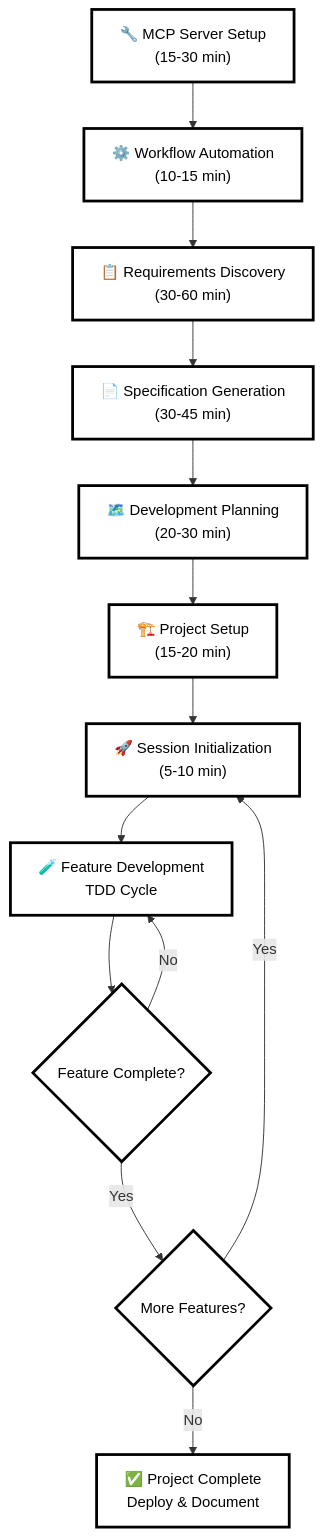
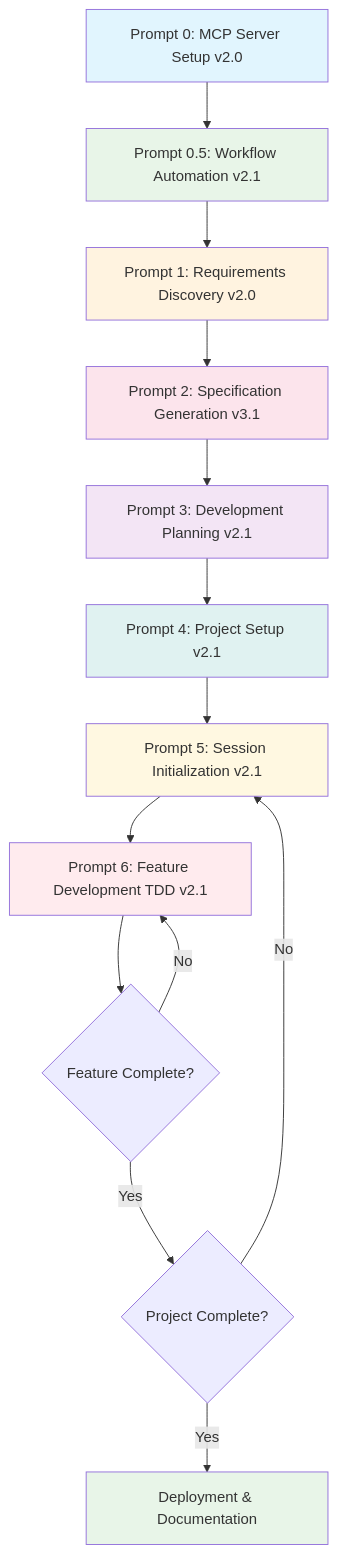
One commit to Mlitz/Claude-Code-Catalyst changed the diagram in README.md. Above: the diagram before and after it, drawn with Mermaid. The commit also changed other lines of this file and 13 other files, not shown here.

````diff
--- a/README.md
+++ b/README.md
@@ -78,27 +78,25 @@
 ```mermaid
 graph TD
-    A["🔧 MCP Server Setup<br/>(15-30 min)"] --> B["⚙️ Workflow Automation<br/>(10-15 min)"]
-    B --> C["📋 Requirements Discovery<br/>(30-60 min)"]
-    C --> D["📄 Specification Generation<br/>(30-45 min)"]
-    D --> E["🗺️ Development Planning<br/>(20-30 min)"]
-    E --> F["🏗️ Project Setup<br/>(15-20 min)"]
-    F --> G["🚀 Session Initialization<br/>(5-10 min)"]
-    G --> H["🧪 Feature Development<br/>TDD Cycle"]
+    A[Prompt 0: MCP Server Setup v2.0] --> B[Prompt 0.5: Workflow Automation v2.1]
+    B --> C[Prompt 1: Requirements Discovery v2.0]
+    C --> D[Prompt 2: Specification Generation v3.1]
+    D --> E[Prompt 3: Development Planning v2.1]
+    E --> F[Prompt 4: Project Setup v2.1]
+    F --> G[Prompt 5: Session Initialization v2.1]
+    G --> H[Prompt 6: Feature Development TDD v2.1]
     H --> I{Feature Complete?}
     I -->|No| H
-    I -->|Yes| J{More Features?}
-    J -->|Yes| G
-    J -->|No| K["✅ Project Complete<br/>Deploy & Document"]
+    I -->|Yes| J{Project Complete?}
+    J -->|No| G
+    J -->|Yes| K[Deployment & Documentation]
     
-    style A fill:#ffffff,stroke:#000000,stroke-width:3px,color:#000000
-    style B fill:#ffffff,stroke:#000000,stroke-width:3px,color:#000000
-    style C fill:#ffffff,stroke:#000000,stroke-width:3px,color:#000000
-    style D fill:#ffffff,stroke:#000000,stroke-width:3px,color:#000000
-    style E fill:#ffffff,stroke:#000000,stroke-width:3px,color:#000000
-    style F fill:#ffffff,stroke:#000000,stroke-width:3px,color:#000000
-    style G fill:#ffffff,stroke:#000000,stroke-width:3px,color:#000000
-    style H fill:#ffffff,stroke:#000000,stroke-width:3px,color:#000000
-    style I fill:#ffffff,stroke:#000000,stroke-width:3px,color:#000000
-    style J fill:#ffffff,stroke:#000000,stroke-width:3px,color:#000000
-    style K fill:#ffffff,stroke:#000000,stroke-width:3px,color:#000000
+    style A fill:#e1f5fe
+    style B fill:#e8f5e8
+    style C fill:#fff3e0
+    style D fill:#fce4ec
+    style E fill:#f3e5f5
+    style F fill:#e0f2f1
+    style G fill:#fff8e1
+    style H fill:#ffebee
+    style K fill:#e8f5e8
 ```
````
